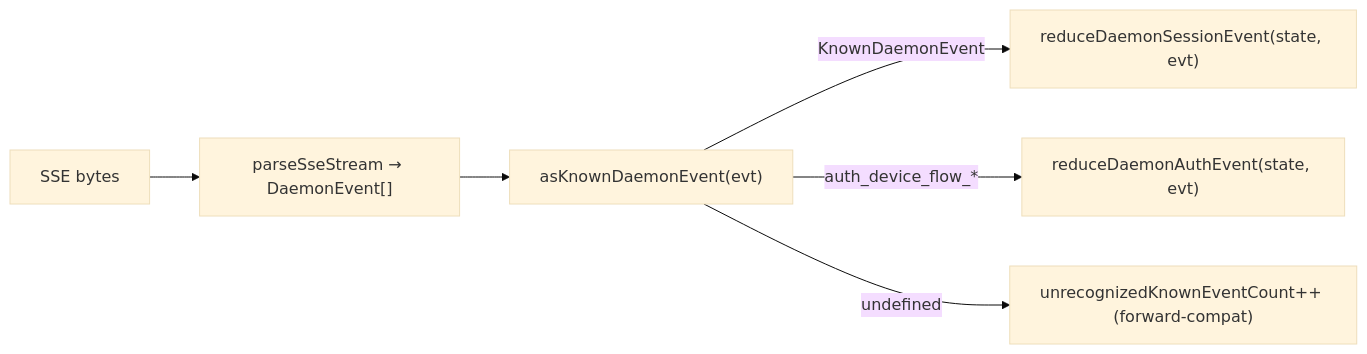
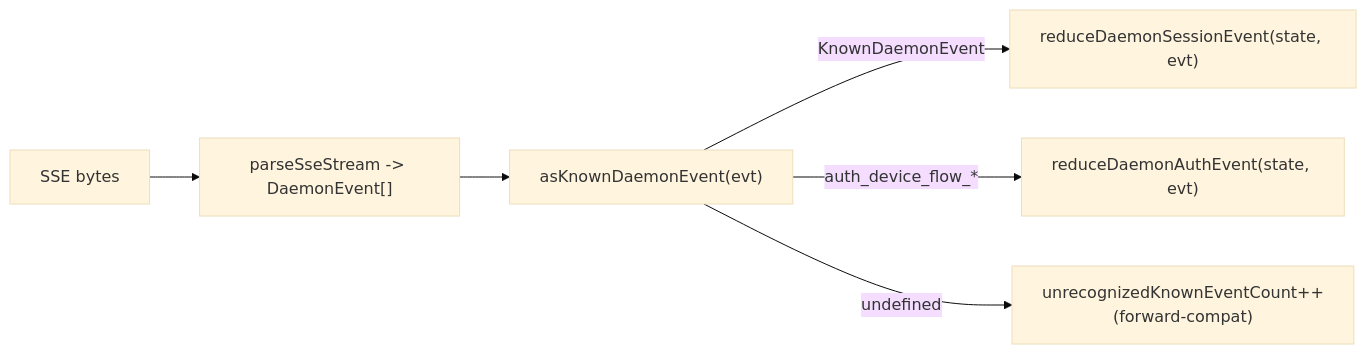
Before and after one commit to QwenLM/qwen-code: the second of 2 diagrams in docs/developers/daemon/09-event-schema.md, drawn with Mermaid (base theme). The commit also changed other lines of this file and 23 other files, not shown here.

````diff
--- a/docs/developers/daemon/09-event-schema.md
+++ b/docs/developers/daemon/09-event-schema.md
@@ -180,8 +180,8 @@
 ```mermaid
 flowchart LR
-    A["SSE bytes"] --> B["parseSseStream → DaemonEvent[]"]
+    A["SSE bytes"] --> B["parseSseStream -> DaemonEvent[]"]
     B --> C["asKnownDaemonEvent(evt)"]
     C -->|"KnownDaemonEvent"| D["reduceDaemonSessionEvent(state, evt)"]
     C -->|"auth_device_flow_*"| E["reduceDaemonAuthEvent(state, evt)"]
-    C -->|"undefined"| F["unrecognizedKnownEventCount++ (forward-compat)"]
+    C -->|"undefined"| F["unrecognizedKnownEventCount++<br/>(forward-compat)"]
 ```
````
